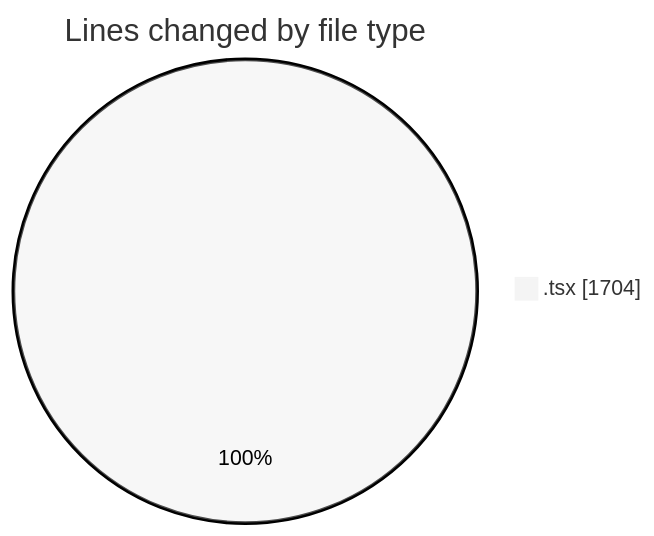
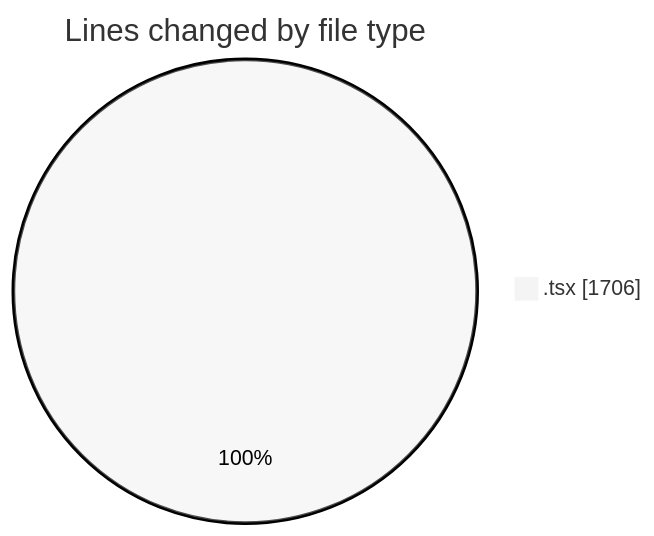
The first of 2 diagrams in 2025-06-12/cda/README.md (momahboobian/code-tracking), drawn with Mermaid (neutral theme) before and after one commit. The commit also changed other lines of this file and 1 other file, not shown here.

````diff
--- a/2025-06-12/cda/README.md
+++ b/2025-06-12/cda/README.md
@@ -22,5 +22,5 @@
 ```mermaid
 pie showData
 title Lines changed by file type
-".tsx" : 1704
+".tsx" : 1706
 ```
````
